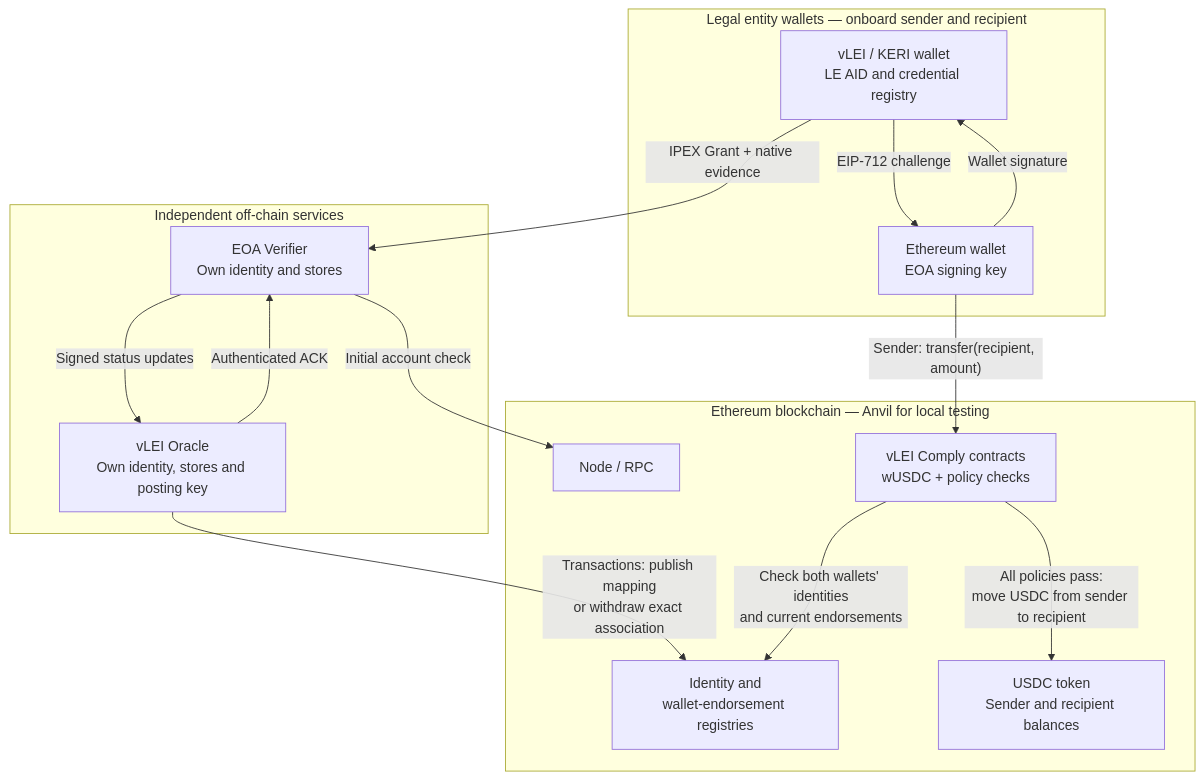
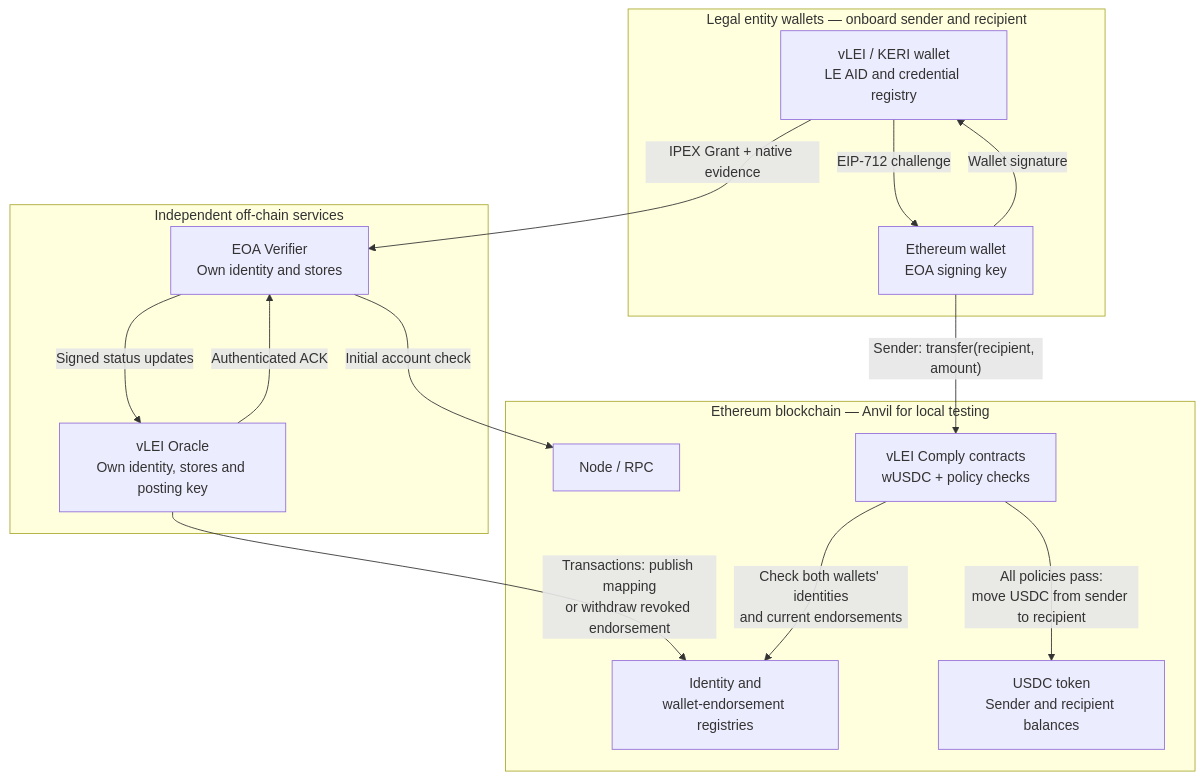
Before and after one commit to GLEIF-IT/eoa-verifier: the second of 2 diagrams in docs/diagrams/deployment/deployment-models.md, drawn with Mermaid. The commit also changed other lines of this file, not shown here.

First line of the commit message:
Clarify withdrawal of a revoked association endorsement

````diff
--- a/docs/diagrams/deployment/deployment-models.md
+++ b/docs/diagrams/deployment/deployment-models.md
@@ -37,30 +37,30 @@
 ```mermaid
 flowchart TB
     subgraph Wallets["Legal entity wallets — onboard sender and recipient"]
         KW["vLEI / KERI wallet<br/>LE AID and credential registry"]
         EW["Ethereum wallet<br/>EOA signing key"]
         KW -->|"EIP-712 challenge"| EW
         EW -->|"Wallet signature"| KW
     end
 
     subgraph Services["Independent off-chain services"]
         V["EOA Verifier<br/>Own identity and stores"]
         O["vLEI Oracle<br/>Own identity, stores and posting key"]
     end
 
     subgraph Ethereum["Ethereum blockchain — Anvil for local testing"]
         RPC["Node / RPC"]
         R["Identity and<br/>wallet-endorsement registries"]
         C["vLEI Comply contracts<br/>wUSDC + policy checks"]
         U["USDC token<br/>Sender and recipient balances"]
     end
 
     KW -->|"IPEX Grant + native evidence"| V
     V -->|"Initial account check"| RPC
     V -->|"Signed status updates"| O
     O -->|"Authenticated ACK"| V
-    O -->|"Transactions: publish mapping<br/>or withdraw exact association"| R
+    O -->|"Transactions: publish mapping<br/>or withdraw revoked endorsement"| R
     EW -->|"Sender: transfer(recipient, amount)"| C
     C -->|"Check both wallets' identities<br/>and current endorsements"| R
     C -->|"All policies pass:<br/>move USDC from sender to recipient"| U
 ```
````
